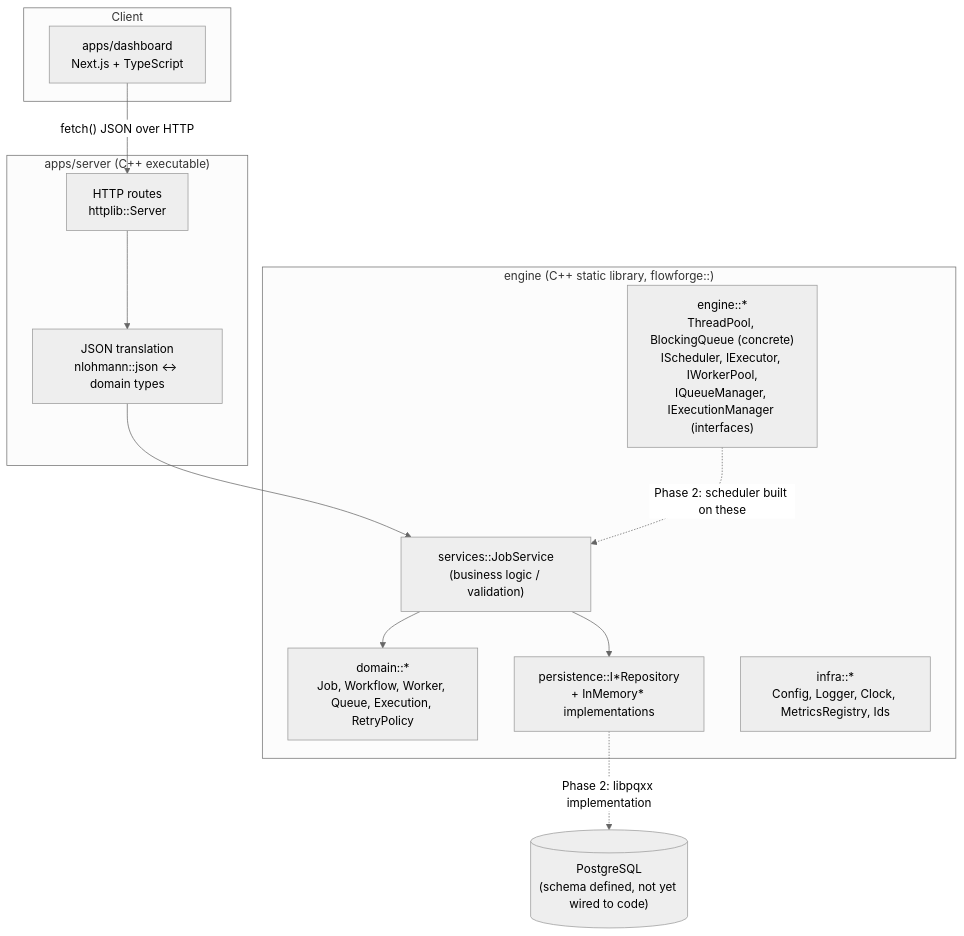
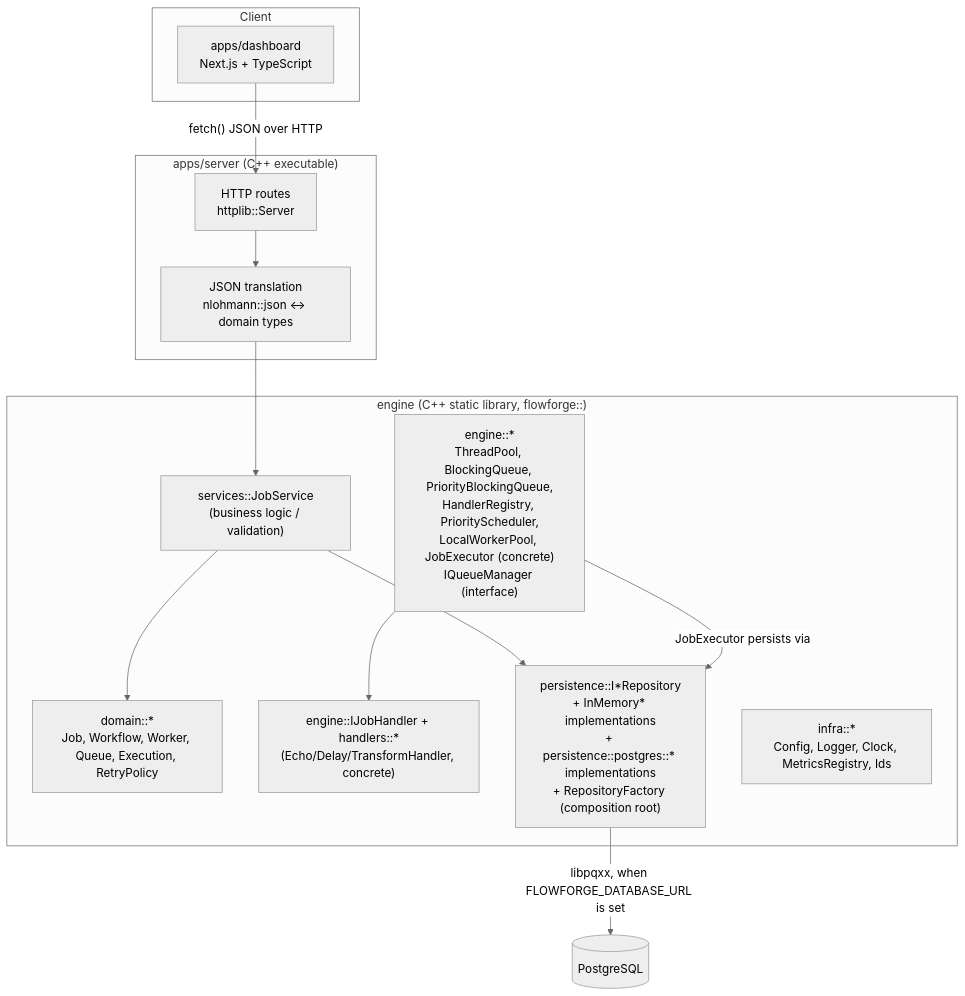
The diagram in docs/architecture/overview.md (faiza-ijaz0/flowforge), drawn with Mermaid (neutral theme) before and after one commit. The commit also changed other lines of this file and 119 other files, not shown here.

````diff
--- a/docs/architecture/overview.md
+++ b/docs/architecture/overview.md
@@ -9,28 +13,30 @@
 ```mermaid
 graph TB
     subgraph Client
         Dashboard["apps/dashboard<br/>Next.js + TypeScript"]
     end
 
     subgraph API["apps/server (C++ executable)"]
         Routes["HTTP routes<br/>httplib::Server"]
         JSON["JSON translation<br/>nlohmann::json <-> domain types"]
     end
 
     subgraph Engine["engine (C++ static library, flowforge::)"]
         Services["services::JobService<br/>(business logic / validation)"]
         Domain["domain::*<br/>Job, Workflow, Worker, Queue, Execution, RetryPolicy"]
-        EngineCore["engine::*<br/>ThreadPool, BlockingQueue (concrete)<br/>IScheduler, IExecutor, IWorkerPool,<br/>IQueueManager, IExecutionManager (interfaces)"]
-        Persistence["persistence::I*Repository<br/>+ InMemory* implementations"]
+        EngineCore["engine::*<br/>ThreadPool, BlockingQueue, PriorityBlockingQueue,<br/>HandlerRegistry, PriorityScheduler,<br/>LocalWorkerPool, JobExecutor (concrete)<br/>IQueueManager (interface)"]
+        Handlers["engine::IJobHandler + handlers::*<br/>(Echo/Delay/TransformHandler, concrete)"]
+        Persistence["persistence::I*Repository<br/>+ InMemory* implementations<br/>+ persistence::postgres::* implementations<br/>+ RepositoryFactory (composition root)"]
         Infra["infra::*<br/>Config, Logger, Clock, MetricsRegistry, Ids"]
     end
 
-    DB[("PostgreSQL<br/>(schema defined, not yet wired to code)")]
+    DB[("PostgreSQL")]
 
     Dashboard -- "fetch() JSON over HTTP" --> Routes
     Routes --> JSON --> Services
     Services --> Domain
     Services --> Persistence
-    Persistence -.->|Phase 2: libpqxx implementation| DB
-    EngineCore -.->|Phase 2: scheduler built on these| Services
+    Persistence -->|libpqxx, when FLOWFORGE_DATABASE_URL is set| DB
+    EngineCore --> Handlers
+    EngineCore -->|JobExecutor persists via| Persistence
 ```
````
